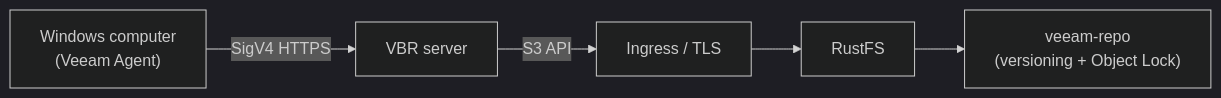
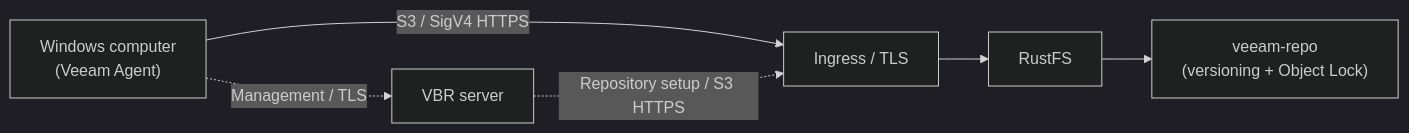
Before and after one commit to rustfs/docs.rustfs.com: the diagram in content/en/developer/integration/backup/veeam.md, drawn with Mermaid (dark theme). The commit also changed other lines of this file and 44 other files, not shown here.

````diff
--- a/content/en/developer/integration/backup/veeam.md
+++ b/content/en/developer/integration/backup/veeam.md
@@ -18,9 +22,10 @@
 ```mermaid
 flowchart LR
 	Computer["Windows computer
-	(Veeam Agent)"] -->|SigV4 HTTPS| VBR["VBR server"]
-	VBR -->|S3 API| Traefik["Ingress / TLS"]
+	(Veeam Agent)"] -.->|Management / TLS| VBR["VBR server"]
+	Computer -->|S3 / SigV4 HTTPS| Traefik["Ingress / TLS"]
+	VBR -.->|Repository setup / S3 HTTPS| Traefik
 	Traefik --> RustFS["RustFS"]
 	RustFS --> Bucket["veeam-repo
 	(versioning + Object Lock)"]
 ```
````
